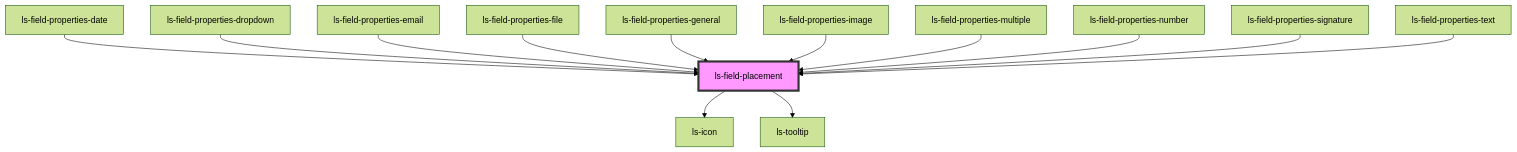
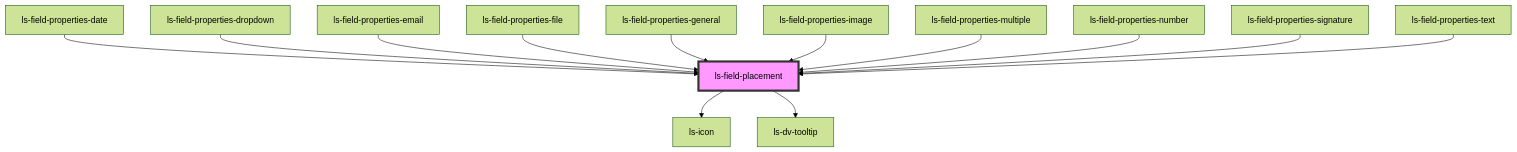
One commit to legalesign/ls-document-viewer changed the diagram in src/components/ls-field-placement/readme.md. Above: the diagram before and after it, drawn with Mermaid (forest theme). The commit also changed other lines of this file and 72 other files, not shown here.

````diff
--- a/src/components/ls-field-placement/readme.md
+++ b/src/components/ls-field-placement/readme.md
@@ -43,16 +43,16 @@
 ```mermaid
 graph TD;
   ls-field-placement --> ls-icon
-  ls-field-placement --> ls-tooltip
+  ls-field-placement --> ls-dv-tooltip
   ls-field-properties-date --> ls-field-placement
   ls-field-properties-dropdown --> ls-field-placement
   ls-field-properties-email --> ls-field-placement
   ls-field-properties-file --> ls-field-placement
   ls-field-properties-general --> ls-field-placement
   ls-field-properties-image --> ls-field-placement
   ls-field-properties-multiple --> ls-field-placement
   ls-field-properties-number --> ls-field-placement
   ls-field-properties-signature --> ls-field-placement
   ls-field-properties-text --> ls-field-placement
   style ls-field-placement fill:#f9f,stroke:#333,stroke-width:4px
 ```
````
